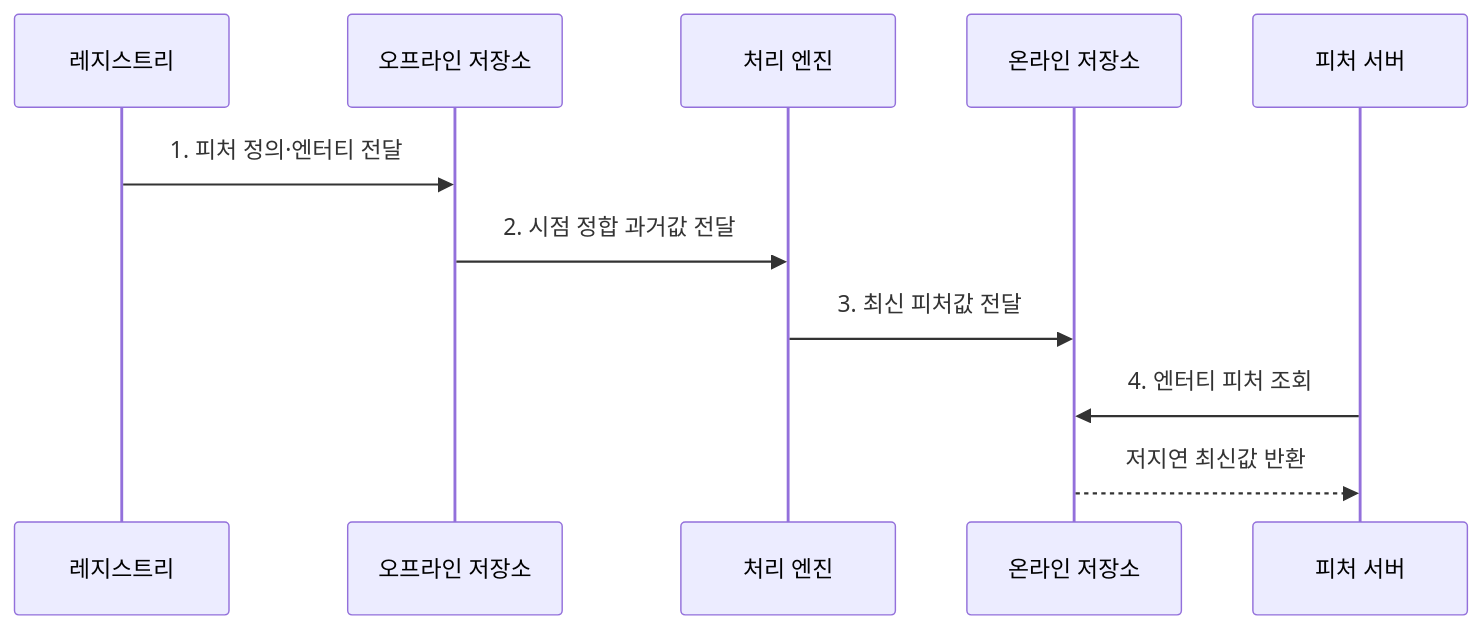
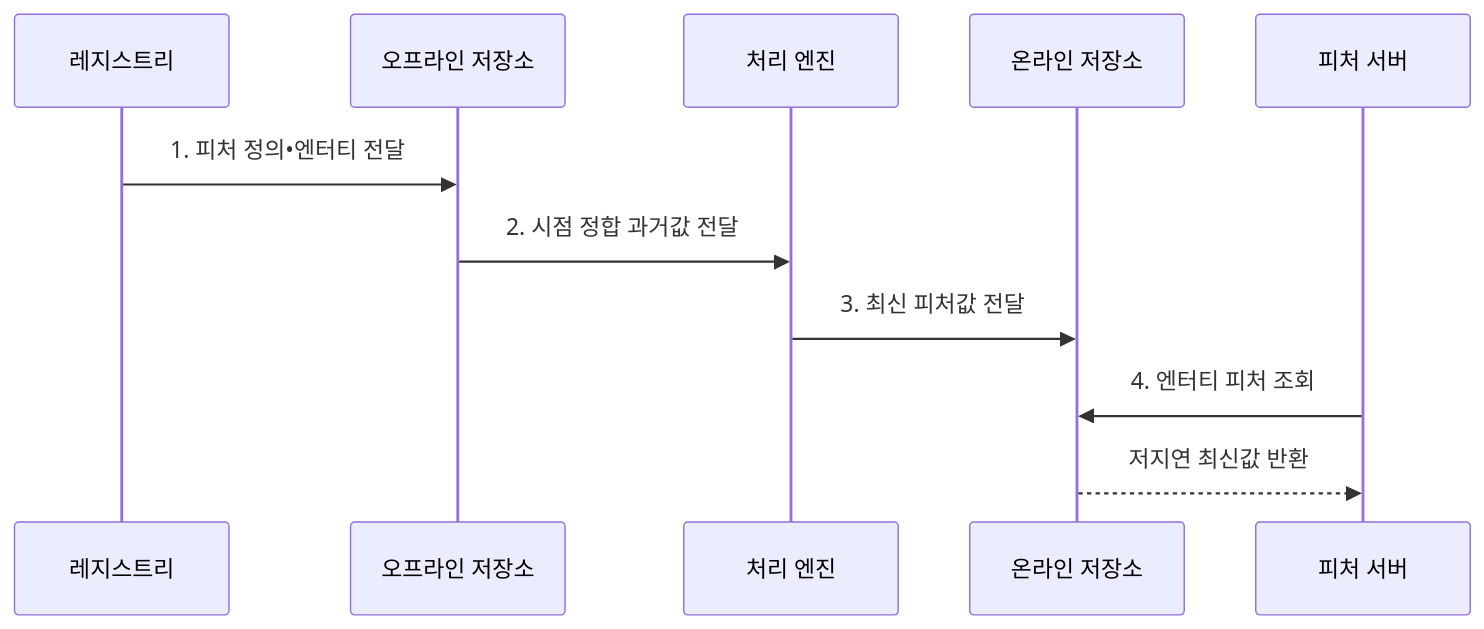
One commit to agnusdei1207/knowledge-base changed the second of 2 diagrams in src/content/docs/notes/08-latest-tech/132_feature_store.md. Above: the diagram before and after it, drawn with Mermaid. The commit also changed other lines of this file and 953 other files, not shown here.

````diff
--- a/src/content/docs/notes/08-latest-tech/132_feature_store.md
+++ b/src/content/docs/notes/08-latest-tech/132_feature_store.md
@@ -103,13 +103,13 @@
 ```mermaid
 sequenceDiagram
     participant R as 레지스트리
     participant O as 오프라인 저장소
     participant P as 처리 엔진
     participant N as 온라인 저장소
     participant S as 피처 서버
-    R->>O: 1. 피처 정의·엔터티 전달
+    R->>O: 1. 피처 정의•엔터티 전달
     O->>P: 2. 시점 정합 과거값 전달
     P->>N: 3. 최신 피처값 전달
     S->>N: 4. 엔터티 피처 조회
     N-->>S: 저지연 최신값 반환
 ```
````
